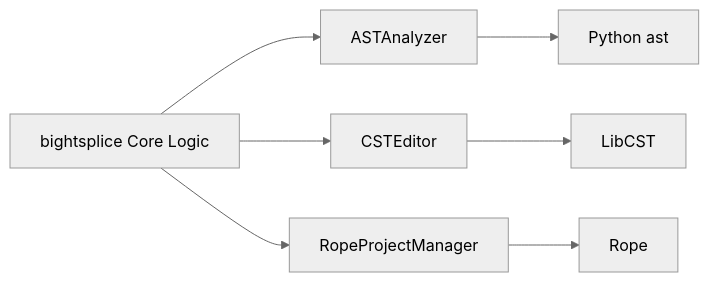
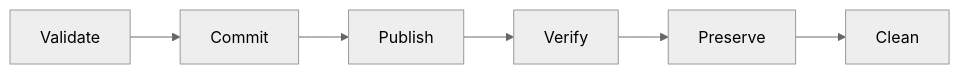
Before and after one commit to rmackinnon/bightsplice: the fifth of 5 diagrams in AGENTS.md, drawn with Mermaid (neutral theme). The commit also changed other lines of this file and 5 other files, not shown here.

````diff
--- a/AGENTS.md
+++ b/AGENTS.md
@@ -710,10 +484,8 @@
 ```mermaid
 flowchart LR
-    A[bightsplice Core Logic] --> B[ASTAnalyzer]
-    A --> C[CSTEditor]
-    A --> D[RopeProjectManager]
-
-    B --> E[Python ast]
-    C --> F[LibCST]
-    D --> G[Rope]
+    A[Validate] --> B[Commit]
+    B --> C[Publish]
+    C --> D[Verify]
+    D --> E[Preserve]
+    E --> F[Clean]
 ```
````
